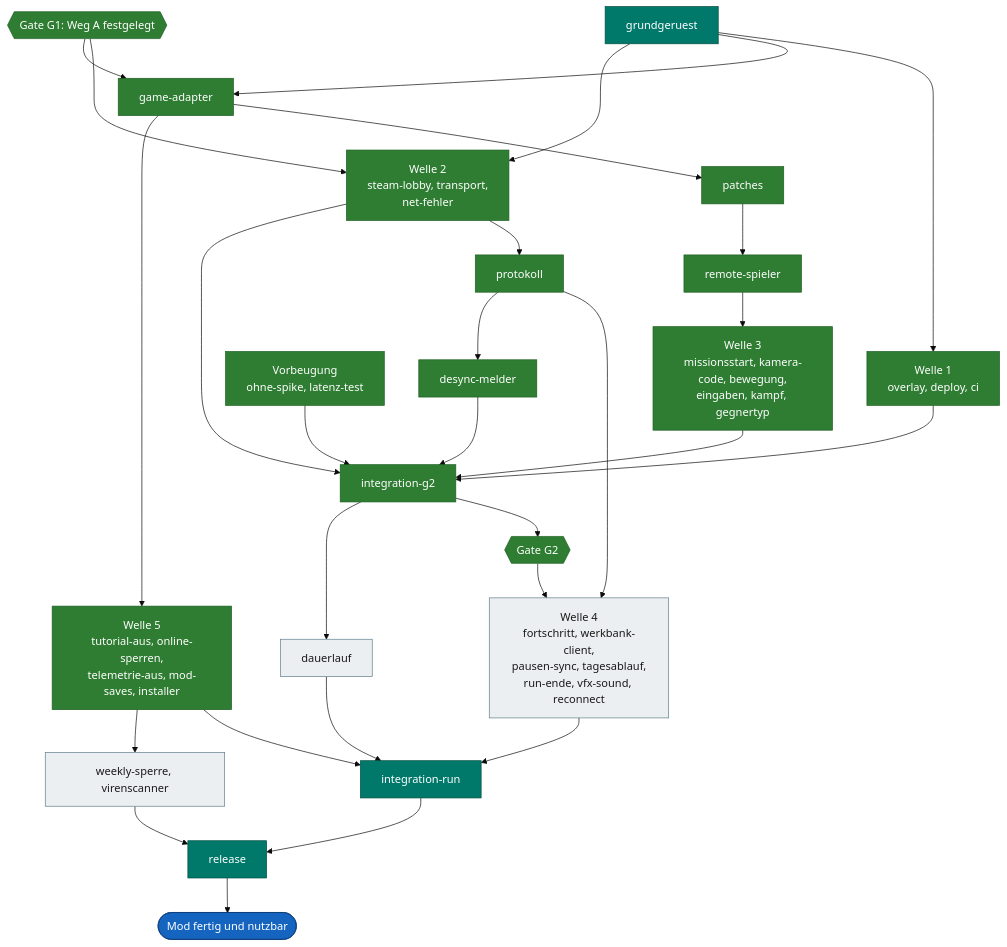
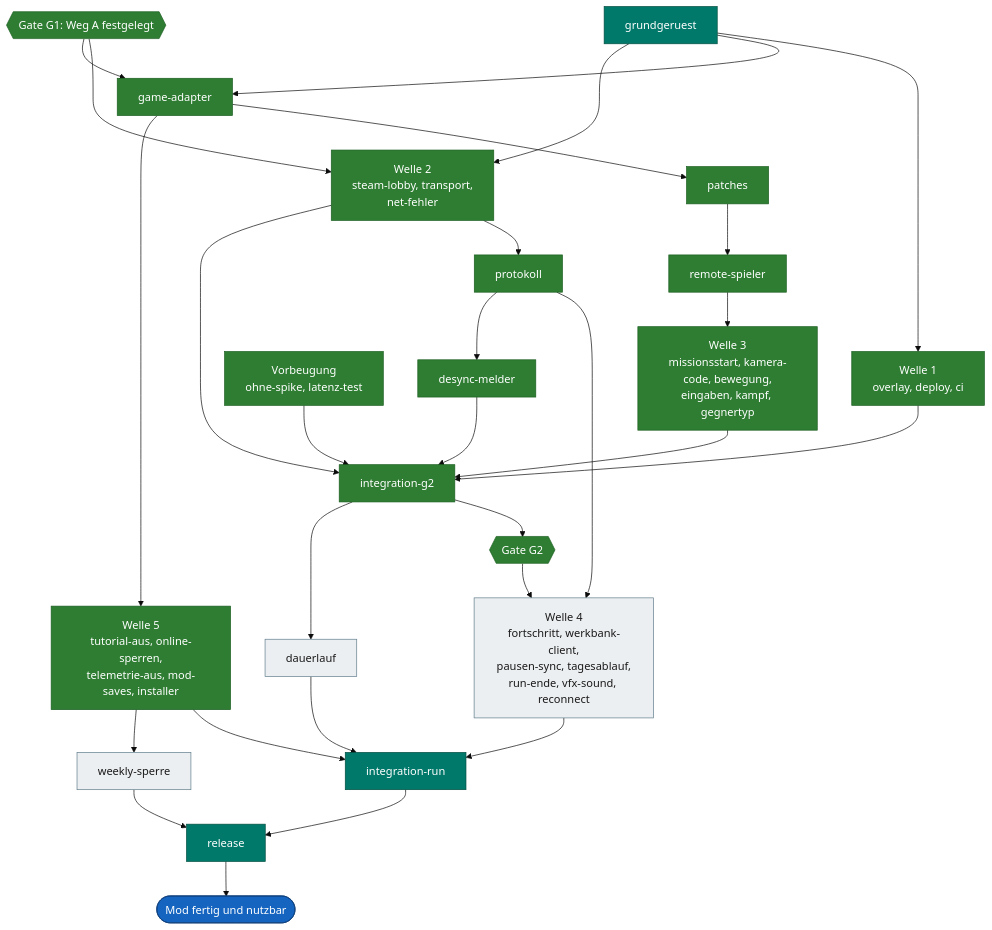
One commit to VitaminStack/Deadly-Days-Roadtrip-Multiplayer-Mod changed the fourth of 4 diagrams in docs/ROADMAP.md. Above: the diagram before and after it, drawn with Mermaid (base theme). The commit also changed other lines of this file and 5 other files, not shown here.

````diff
--- a/docs/ROADMAP.md
+++ b/docs/ROADMAP.md
@@ -328,32 +329,32 @@
 ```mermaid
 flowchart TD
     GR["grundgeruest"]:::central --> W1["Welle 1<br/>overlay, deploy, ci"]:::done
     GR --> GA["game-adapter"]:::done
     G1{{"Gate G1: Weg A festgelegt"}}:::done --> W2["Welle 2<br/>steam-lobby, transport,<br/>net-fehler"]:::done
     GR --> W2
     G1 --> GA
     GA --> PT["patches"]:::done --> RS["remote-spieler"]:::done
     GA --> W5["Welle 5<br/>tutorial-aus, online-sperren,<br/>telemetrie-aus, mod-saves, installer"]:::done
     RS --> W3["Welle 3<br/>missionsstart, kamera-code, bewegung,<br/>eingaben, kampf, gegnertyp"]:::done
     W1 --> IG["integration-g2"]:::done
     W2 --> PR["protokoll"]:::done
     W2 --> IG
     W3 --> IG
     IG --> G2{{"Gate G2"}}:::done
     PR --> W4["Welle 4<br/>fortschritt, werkbank-client,<br/>pausen-sync, tagesablauf,<br/>run-ende, vfx-sound, reconnect"]:::open
     G2 --> W4
     W4 --> IR["integration-run"]:::central
     W5 --> IR
     RV["Vorbeugung<br/>ohne-spike, latenz-test"]:::done --> IG
     PR --> DS["desync-melder"]:::done --> IG
     IG --> DL["dauerlauf"]:::open --> IR
-    W5 --> W6["weekly-sperre, virenscanner"]:::open --> RL
+    W5 --> W6["weekly-sperre"]:::open --> RL
     IR --> RL["release"]:::central
     RL --> Z(["Mod fertig und nutzbar"]):::goal
 
     classDef done fill:#2e7d32,stroke:#1b5e20,color:#ffffff
     classDef central fill:#00796b,stroke:#004d40,color:#ffffff
     classDef open fill:#eceff1,stroke:#607d8b,color:#1a1a1a
     classDef gate fill:#6a1b9a,stroke:#3e1163,color:#ffffff
     classDef goal fill:#1565c0,stroke:#0d3c78,color:#ffffff
 ```
````
